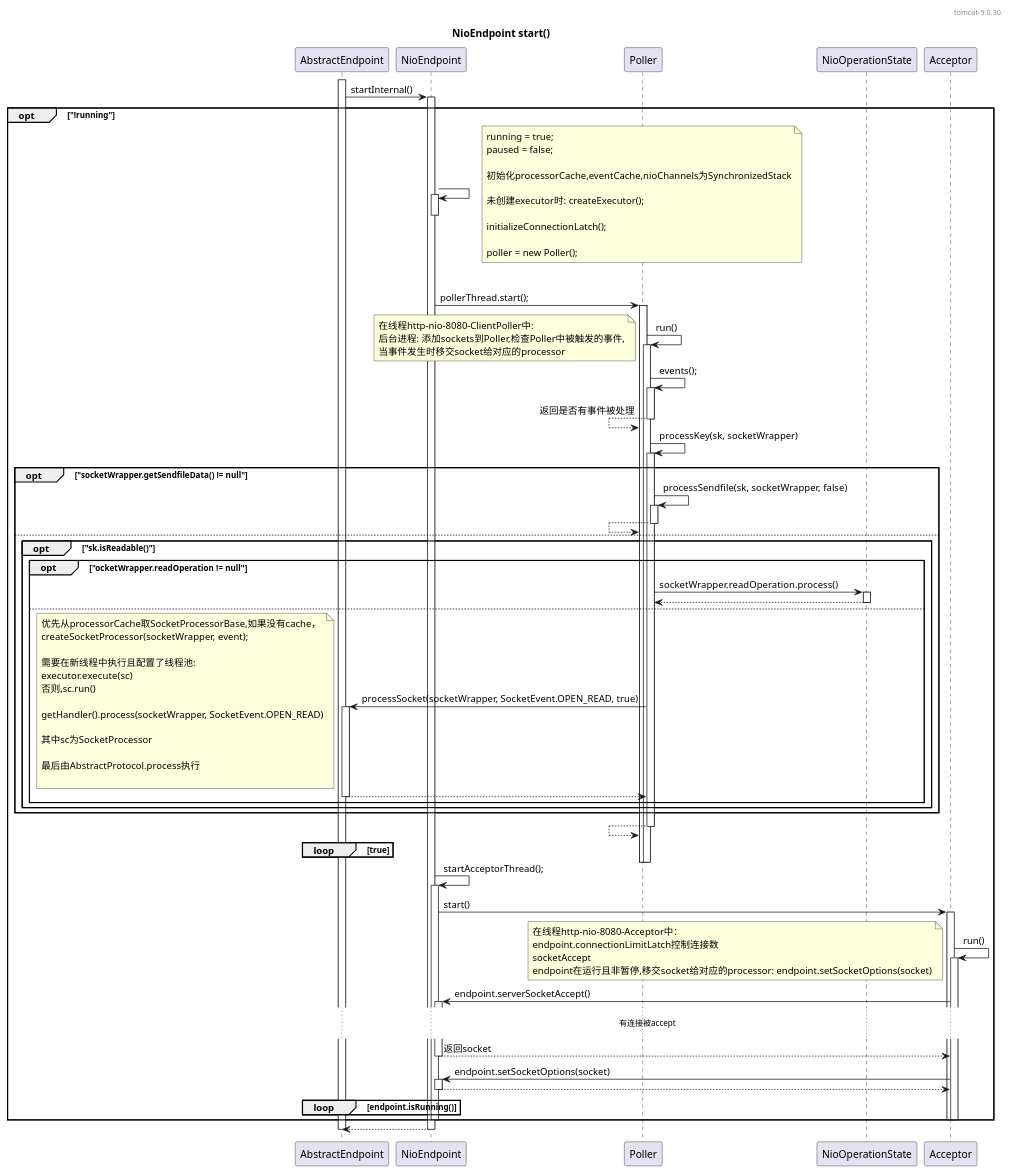
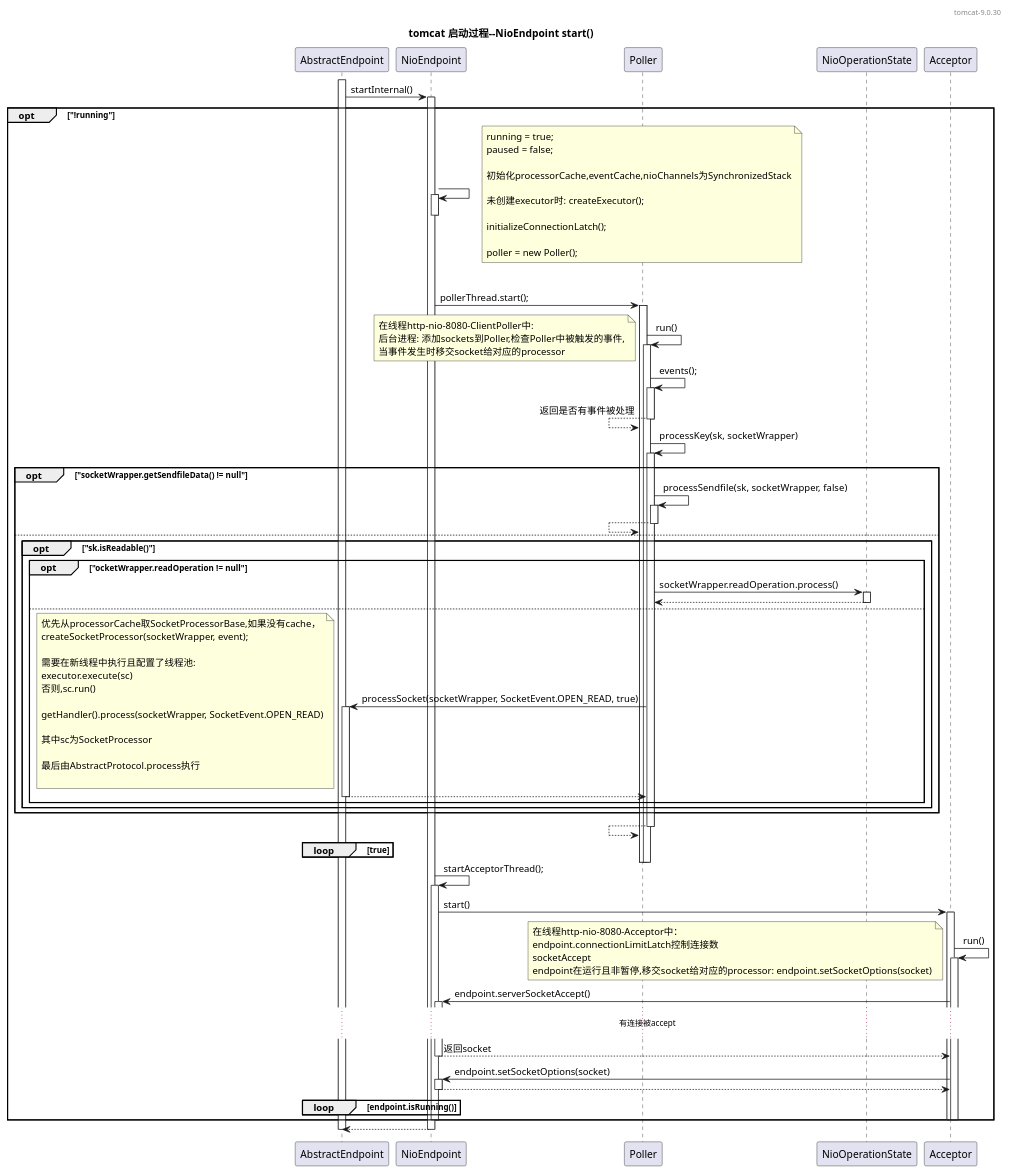
One commit to zhhongCai/tomcat changed the diagram in NioEndpoint_start.puml. Above: the diagram before and after it, drawn with PlantUML. The commit also changed 13 other files, not shown here.

Commit message:
流程图

```diff
--- a/NioEndpoint_start.puml
+++ b/NioEndpoint_start.puml
@@ -1,99 +1,99 @@
 @startuml
 
 header tomcat-9.0.30
 
-title NioEndpoint start()
+title tomcat 启动过程--NioEndpoint start()
 
 activate AbstractEndpoint
 AbstractEndpoint -> NioEndpoint++: startInternal()
 opt "!running"
     NioEndpoint -> NioEndpoint++
         note right
             running = true;
             paused = false;
 
             初始化processorCache,eventCache,nioChannels为SynchronizedStack
 
             未创建executor时: createExecutor();
 
             initializeConnectionLatch();
 
             poller = new Poller();
         end note
     deactivate NioEndpoint
 
     NioEndpoint -> Poller++: pollerThread.start();
         Poller -> Poller++: run()
             note left
                 在线程http-nio-8080-ClientPoller中:
                 后台进程: 添加sockets到Poller,检查Poller中被触发的事件,
                 当事件发生时移交socket给对应的processor
             end note
 
             Poller -> Poller++: events();
             Poller <-- Poller--: 返回是否有事件被处理
 
             Poller -> Poller++: processKey(sk, socketWrapper)
                 opt "socketWrapper.getSendfileData() != null"
                     Poller -> Poller++:  processSendfile(sk, socketWrapper, false)
                     Poller <-- Poller--:
                 else
                     opt "sk.isReadable()"
                         opt "ocketWrapper.readOperation != null"
                             Poller -> NioOperationState++: socketWrapper.readOperation.process()
                             Poller <-- NioOperationState--:
                         else
                             Poller -> AbstractEndpoint++:  processSocket(socketWrapper, SocketEvent.OPEN_READ, true)
                                 note left
                                 优先从processorCache取SocketProcessorBase,如果没有cache，
                                 createSocketProcessor(socketWrapper, event);
 
                                 需要在新线程中执行且配置了线程池:
                                 executor.execute(sc)
                                 否则,sc.run()
 
                                 getHandler().process(socketWrapper, SocketEvent.OPEN_READ)
 
                                 其中sc为SocketProcessor
 
                                 最后由AbstractProtocol.process执行
 
                                 end note
                             Poller <-- AbstractEndpoint--:
                         end opt
                     end opt
 
                 end opt
             Poller <-- Poller--
 
             loop true
 
             end loop
         deactivate Poller
     deactivate Poller
 
     NioEndpoint -> NioEndpoint++: startAcceptorThread();
         NioEndpoint -> Acceptor++: start()
             Acceptor -> Acceptor++: run()
                 note left
                 在线程http-nio-8080-Acceptor中：
                 endpoint.connectionLimitLatch控制连接数
                 socketAccept
                 endpoint在运行且非暂停,移交socket给对应的processor: endpoint.setSocketOptions(socket)
                 end note
                 Acceptor -> NioEndpoint++: endpoint.serverSocketAccept()
                 ... 有连接被accept...
                 Acceptor <-- NioEndpoint--: 返回socket
 
                 Acceptor -> NioEndpoint++: endpoint.setSocketOptions(socket)
                 Acceptor <-- NioEndpoint--:
             loop endpoint.isRunning()
             end loop
             deactivate Acceptor
         deactivate Acceptor
     deactivate NioEndpoint
 end
 AbstractEndpoint <-- NioEndpoint--
 deactivate AbstractEndpoint
 
 @enduml
```
